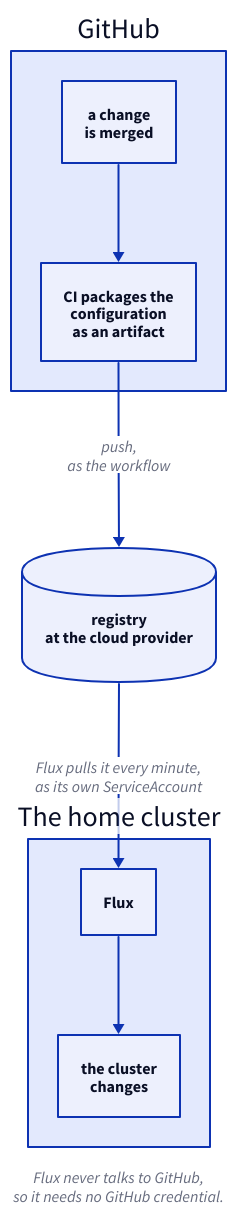
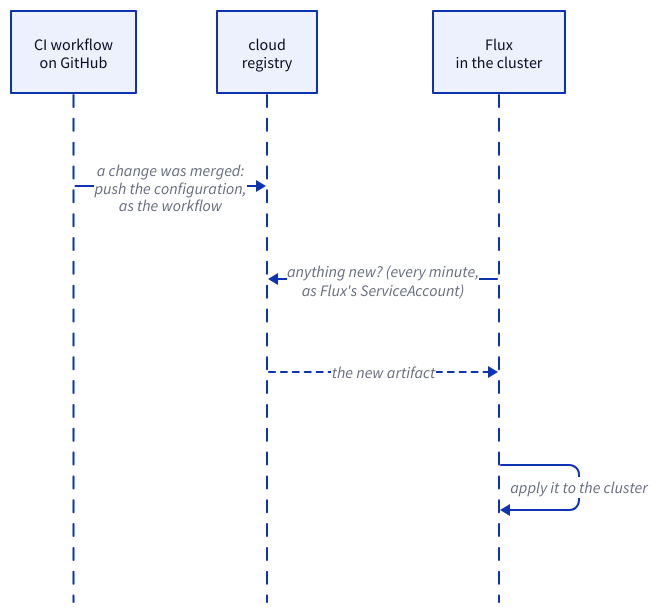
Before and after one commit to dlouwers/dlouwers.github.io: the diagram in src/diagrams/secret-free-flux-oci.d2, drawn with D2. The commit also changed 6 other files, not shown here.

First line of the commit message:
Draft: write the opening section; resize the diagrams

```diff
--- a/src/diagrams/secret-free-flux-oci.d2
+++ b/src/diagrams/secret-free-flux-oci.d2
@@ -1,26 +1,12 @@
-direction: down
+shape: sequence_diagram
 
-gh: "GitHub" {
-  merge: "a change\nis merged"
-  ci: "CI packages the\nconfiguration\nas an artifact"
-  merge -> ci
+ci: "CI workflow\non GitHub"
+reg: "cloud\nregistry"
+flux: "Flux\nin the cluster"
+
+ci -> reg: "a change was merged:\npush the configuration,\nas the workflow"
+flux -> reg: "anything new? (every minute,\nas Flux's ServiceAccount)"
+reg -> flux: "the new artifact" {
+  style.stroke-dash: 3
 }
-
-reg: "registry\nat the cloud provider" {
-  shape: cylinder
-}
-
-home: "The home cluster" {
-  flux: "Flux"
-  apply: "the cluster\nchanges"
-  flux -> apply
-}
-
-gh.ci -> reg: "push,\nas the workflow"
-reg -> home.flux: "Flux pulls it every minute,\nas its own ServiceAccount"
-
-note: "Flux never talks to GitHub,\nso it needs no GitHub credential." {
-  shape: text
-  near: bottom-center
-  style.italic: true
-}
+flux -> flux: "apply it to the cluster"
```
